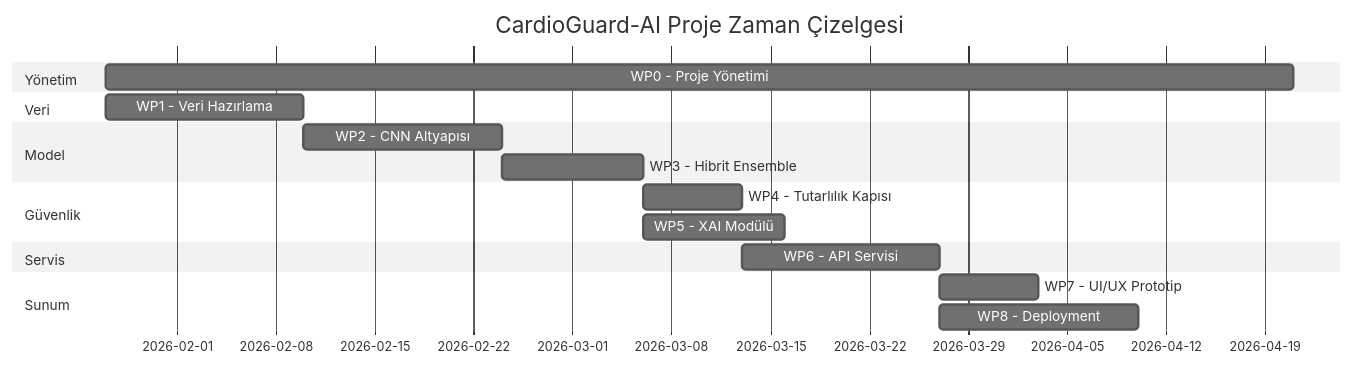
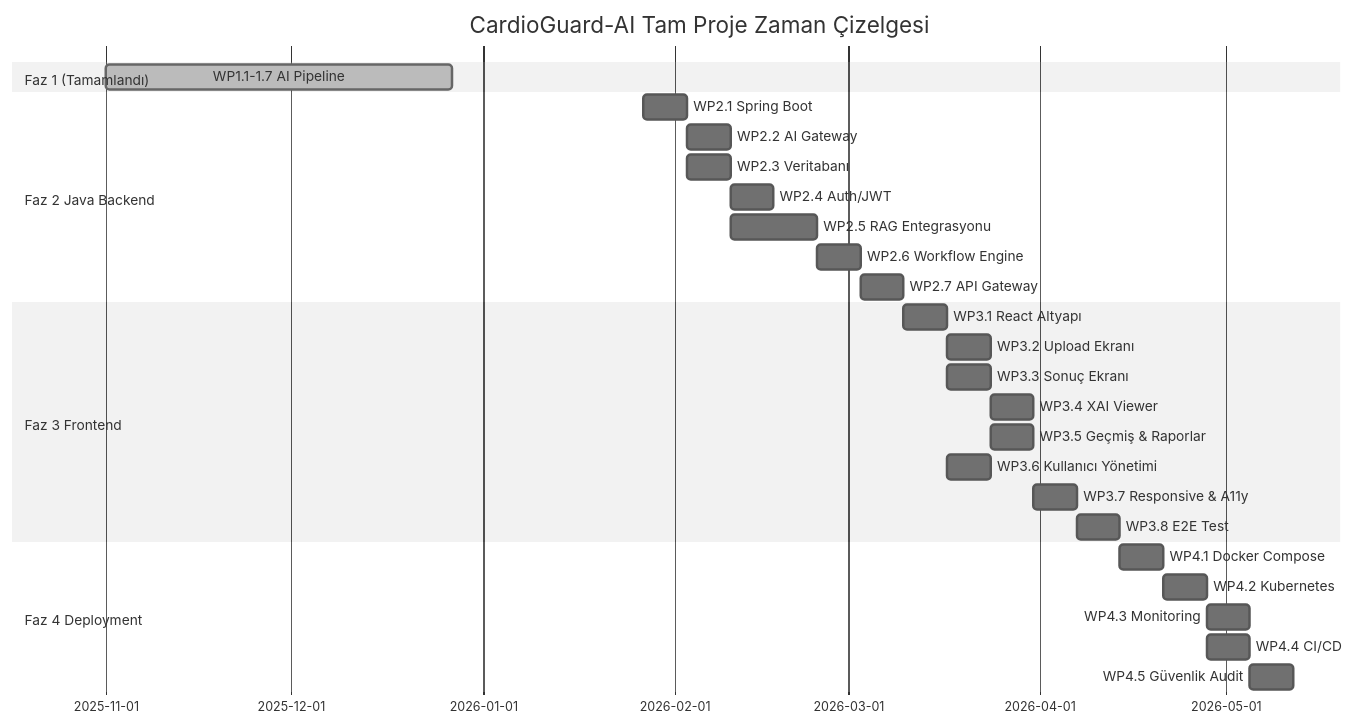
The second of 2 diagrams in docs/diagrams/07_wbs_gantt.md (mUsaulug/CardioGuard-AI), drawn with Mermaid (neutral theme) before and after one commit. The commit also changed other lines of this file, not shown here.

````diff
--- a/docs/diagrams/07_wbs_gantt.md
+++ b/docs/diagrams/07_wbs_gantt.md
@@ -98,26 +203,34 @@
 ```mermaid
 gantt
-    title CardioGuard-AI Proje Zaman Çizelgesi
+    title CardioGuard-AI Tam Proje Zaman Çizelgesi
     dateFormat  YYYY-MM-DD
     
-    section Yönetim
-    WP0 - Proje Yönetimi          :wp0, 2026-01-27, 84d
+    section Faz 1 (Tamamlandı)
+    WP1.1-1.7 AI Pipeline      :done, f1, 2025-11-01, 56d
     
-    section Veri
-    WP1 - Veri Hazırlama          :wp1, 2026-01-27, 14d
+    section Faz 2 Java Backend
+    WP2.1 Spring Boot          :f2a, 2026-01-27, 7d
+    WP2.2 AI Gateway           :f2b, after f2a, 7d
+    WP2.3 Veritabanı           :f2c, after f2a, 7d
+    WP2.4 Auth/JWT             :f2d, after f2c, 7d
+    WP2.5 RAG Entegrasyonu     :f2e, after f2b, 14d
+    WP2.6 Workflow Engine      :f2f, after f2e, 7d
+    WP2.7 API Gateway          :f2g, after f2f, 7d
     
-    section Model
-    WP2 - CNN Altyapısı           :wp2, after wp1, 14d
-    WP3 - Hibrit Ensemble         :wp3, after wp2, 10d
+    section Faz 3 Frontend
+    WP3.1 React Altyapı        :f3a, after f2g, 7d
+    WP3.2 Upload Ekranı        :f3b, after f3a, 7d
+    WP3.3 Sonuç Ekranı         :f3c, after f3a, 7d
+    WP3.4 XAI Viewer           :f3d, after f3c, 7d
+    WP3.5 Geçmiş & Raporlar    :f3e, after f3c, 7d
+    WP3.6 Kullanıcı Yönetimi   :f3f, after f3a, 7d
+    WP3.7 Responsive & A11y    :f3g, after f3d, 7d
+    WP3.8 E2E Test             :f3h, after f3g, 7d
     
-    section Güvenlik
-    WP4 - Tutarlılık Kapısı       :wp4, after wp3, 7d
-    WP5 - XAI Modülü              :wp5, after wp3, 10d
-    
-    section Servis
-    WP6 - API Servisi             :wp6, after wp4, 14d
-    
-    section Sunum
-    WP7 - UI/UX Prototip          :wp7, after wp6, 7d
-    WP8 - Deployment              :wp8, after wp6, 14d
+    section Faz 4 Deployment
+    WP4.1 Docker Compose       :f4a, after f3h, 7d
+    WP4.2 Kubernetes           :f4b, after f4a, 7d
+    WP4.3 Monitoring           :f4c, after f4b, 7d
+    WP4.4 CI/CD                :f4d, after f4b, 7d
+    WP4.5 Güvenlik Audit       :f4e, after f4d, 7d
 ```
````
